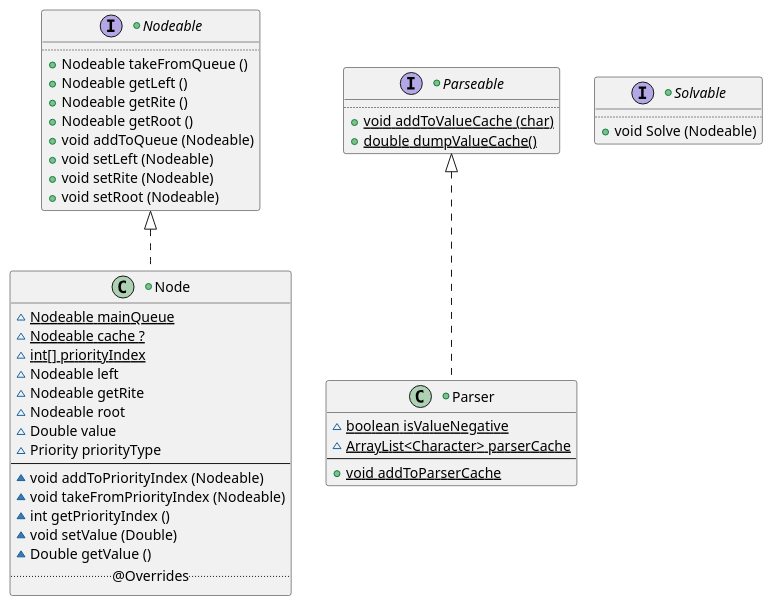
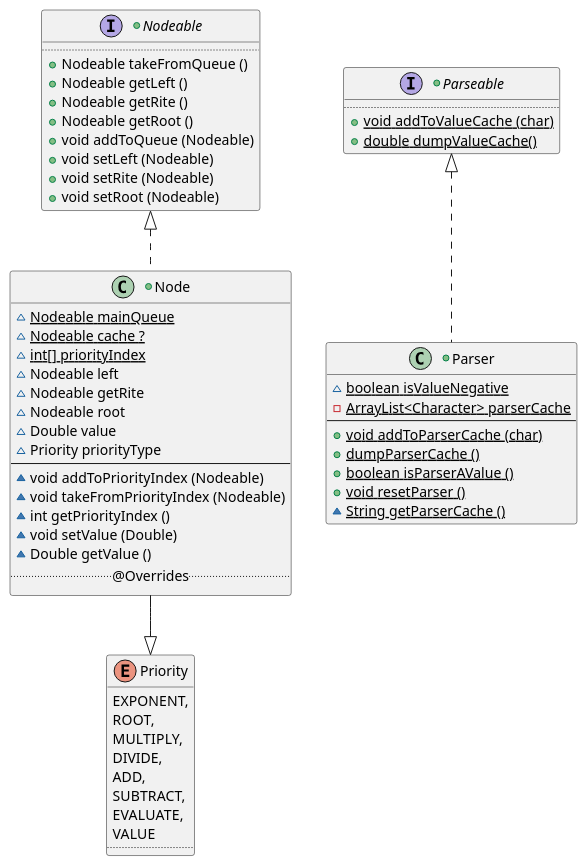
The diagram in src/docs/UML/Class Structure.puml (vitalispopoff/calculator), drawn with PlantUML before and after one commit. The commit also changed 3 other files, not shown here.

```diff
--- a/src/docs/UML/Class Structure.puml
+++ b/src/docs/UML/Class Structure.puml
@@ -1,54 +1,64 @@
 @startuml
 
 +interface Nodeable{
     ..
         +   {method} Nodeable takeFromQueue ()
         +   {method} Nodeable getLeft ()
         +   {method} Nodeable getRite ()
         +   {method} Nodeable getRoot ()
         +   {method} void addToQueue (Nodeable)
         +   {method} void setLeft (Nodeable)
         +   {method} void setRite (Nodeable)
         +   {method} void setRoot (Nodeable)
 }
 
 +class Node implements Nodeable{
         ~   {field} {static} Nodeable mainQueue
         ~   {field} {static} Nodeable cache ?
         ~   {field} {static} int[] priorityIndex
         ~   {field} Nodeable left
         ~   {field} Nodeable getRite
         ~   {field} Nodeable root
         ~   {field} Double value
         ~   {field} Priority priorityType
     --
         ~   {method} void addToPriorityIndex (Nodeable)
         ~   {method} void takeFromPriorityIndex (Nodeable)
         ~   {method} int getPriorityIndex ()
         ~   {method} void setValue (Double)
         ~   {method} Double getValue ()
     .. @Overrides..
 }
 
 +interface Parseable{
     ..
         +   {method} {static} void addToValueCache (char)
         +   {method} {static} double dumpValueCache()
 }
 
 +class Parser implements Parseable{
-        ~   {field} {static} boolean isValueNegative
-        ~   {field} {static} ArrayList<Character> parserCache
+        ~    {field} {static} boolean isValueNegative
+        -   {field} {static} ArrayList<Character> parserCache
     --
-        +   {method} {static} void addToParserCache
+        +   {method} {static} void addToParserCache (char)
+        +   {method} {static} dumpParserCache ()
+        +   {method} {static} boolean isParserAValue ()
+        +   {method} {static} void resetParser ()
+        ~   {method} {static} String getParserCache ()
 }
 
-'Parseable <|-- Parser : impl
-
-
-+interface Solvable{
+enum Priority{
+        EXPONENT,
+        ROOT,
+        MULTIPLY,
+        DIVIDE,
+        ADD,
+        SUBTRACT,
+        EVALUATE,
+        VALUE
     ..
-        +{method} void Solve (Nodeable)
 }
 
+Node --|> Priority
+
 @enduml
```
